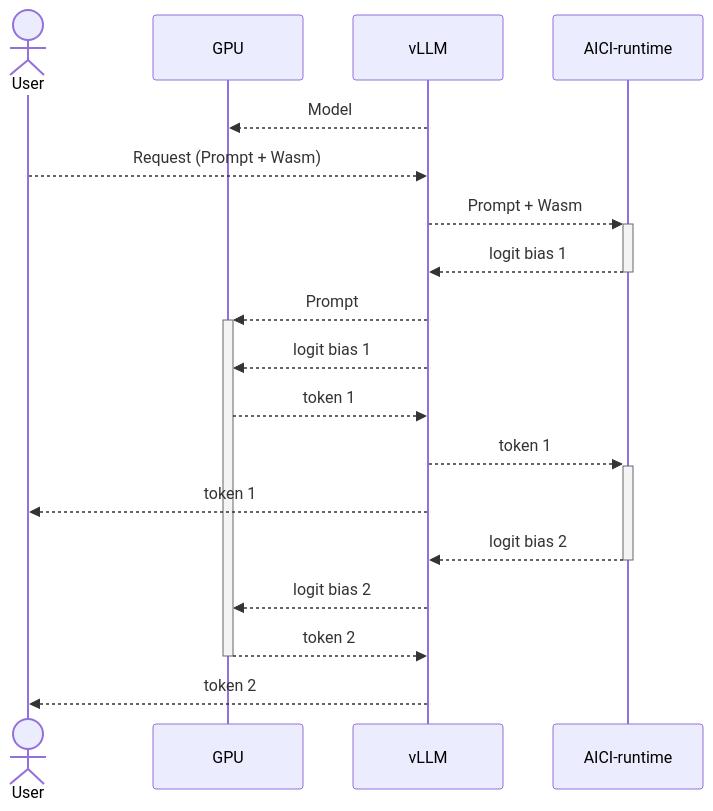
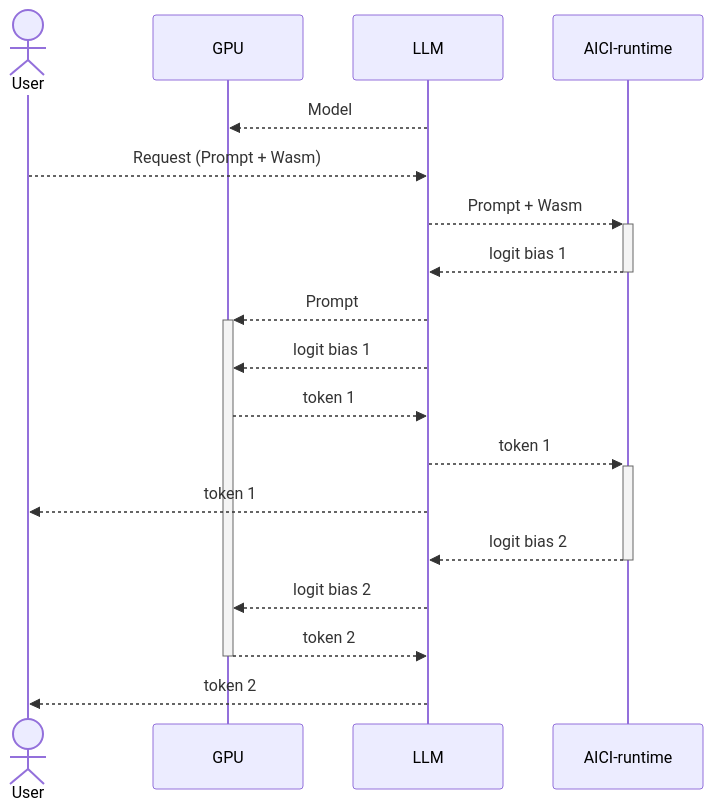
Before and after one commit to microsoft/aici: the second of 3 diagrams in aicirt/README.md, drawn with Mermaid. The commit also changed other lines of this file and 2 other files, not shown here.

Commit message:
hour-glass drawing

````diff
--- a/aicirt/README.md
+++ b/aicirt/README.md
@@ -17,20 +17,20 @@
 ```mermaid
 sequenceDiagram
     actor User
     participant GPU
-    participant vLLM
+    participant LLM
     participant aicirt as AICI-runtime
-    vLLM -->> GPU: Model
-    User -->> vLLM: Request (Prompt + Wasm)
-    vLLM -->>+ aicirt: Prompt + Wasm
-    aicirt -->>- vLLM: logit bias 1
-    vLLM -->>+ GPU: Prompt
-    vLLM -->> GPU: logit bias 1
-    GPU -->> vLLM: token 1
-    vLLM -->>+ aicirt: token 1
-    vLLM -->> User: token 1
-    aicirt -->>- vLLM: logit bias 2
-    vLLM -->> GPU: logit bias 2
-    GPU -->>- vLLM: token 2
-    vLLM -->> User: token 2
+    LLM -->> GPU: Model
+    User -->> LLM: Request (Prompt + Wasm)
+    LLM -->>+ aicirt: Prompt + Wasm
+    aicirt -->>- LLM: logit bias 1
+    LLM -->>+ GPU: Prompt
+    LLM -->> GPU: logit bias 1
+    GPU -->> LLM: token 1
+    LLM -->>+ aicirt: token 1
+    LLM -->> User: token 1
+    aicirt -->>- LLM: logit bias 2
+    LLM -->> GPU: logit bias 2
+    GPU -->>- LLM: token 2
+    LLM -->> User: token 2
 ```
````
